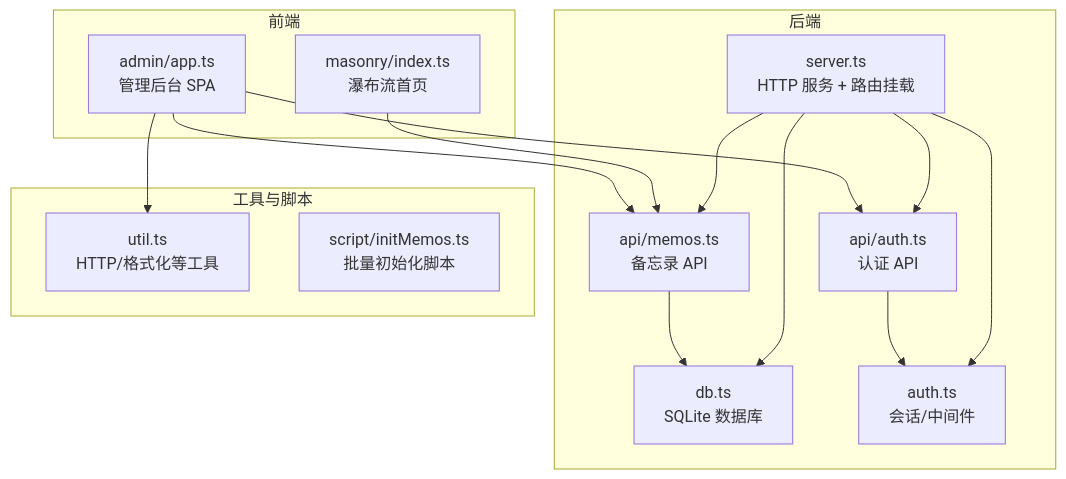
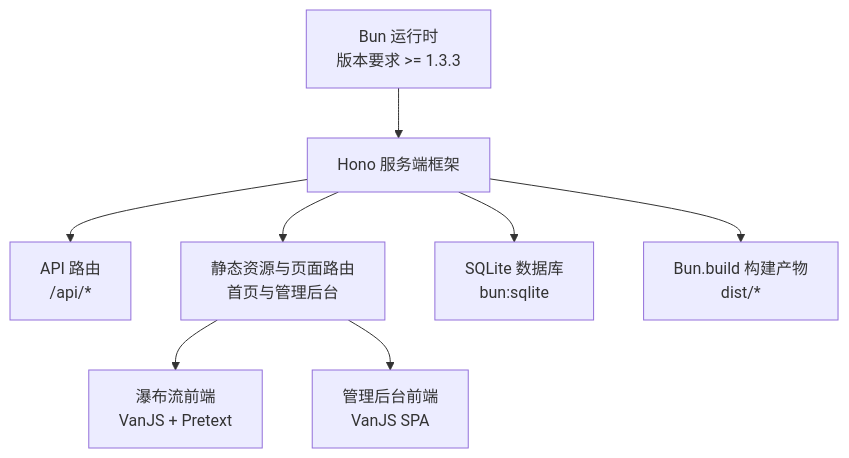
The first of 3 diagrams in .qoder/repowiki/zh/content/开发指南/开发环境搭建.md (BlackBoxRecorder/memos), drawn with Mermaid before and after one commit. The commit also changed other lines of this file and 83 other files, not shown here.

````diff
--- a/.qoder/repowiki/zh/content/开发指南/开发环境搭建.md
+++ b/.qoder/repowiki/zh/content/开发指南/开发环境搭建.md
@@ -58,28 +49,10 @@
 ```mermaid
 graph TB
-subgraph "后端"
-S["server.ts<br/>HTTP 服务 + 路由挂载"]
-DB["db.ts<br/>SQLite 数据库"]
-AUTH["auth.ts<br/>会话/中间件"]
-API_AUTH["api/auth.ts<br/>认证 API"]
-API_MEMOS["api/memos.ts<br/>备忘录 API"]
-end
-subgraph "前端"
-MASONRY["masonry/index.ts<br/>瀑布流首页"]
-ADMIN["admin/app.ts<br/>管理后台 SPA"]
-end
-subgraph "工具与脚本"
-UTIL["util.ts<br/>HTTP/格式化等工具"]
-INIT["script/initMemos.ts<br/>批量初始化脚本"]
-end
-S --> API_AUTH
-S --> API_MEMOS
-S --> DB
-S --> AUTH
-API_MEMOS --> DB
-API_AUTH --> AUTH
-MASONRY --> API_MEMOS
-ADMIN --> API_AUTH
-ADMIN --> API_MEMOS
-ADMIN --> UTIL
+A["Bun 运行时<br/>版本要求 >= 1.3.3"] --> B["Hono 服务端框架"]
+B --> C["API 路由<br/>/api/*"]
+B --> D["静态资源与页面路由<br/>首页与管理后台"]
+D --> E["瀑布流前端<br/>VanJS + Pretext"]
+D --> F["管理后台前端<br/>VanJS SPA"]
+B --> G["SQLite 数据库<br/>bun:sqlite"]
+B --> H["Bun.build 构建产物<br/>dist/*"]
 ```
````
